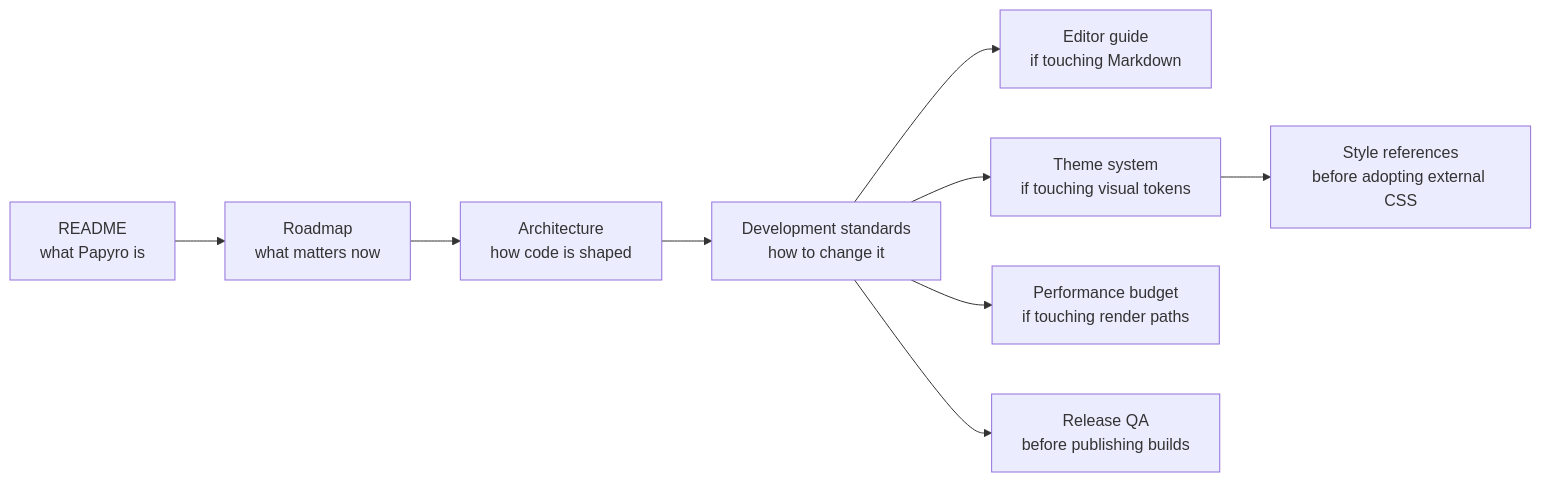
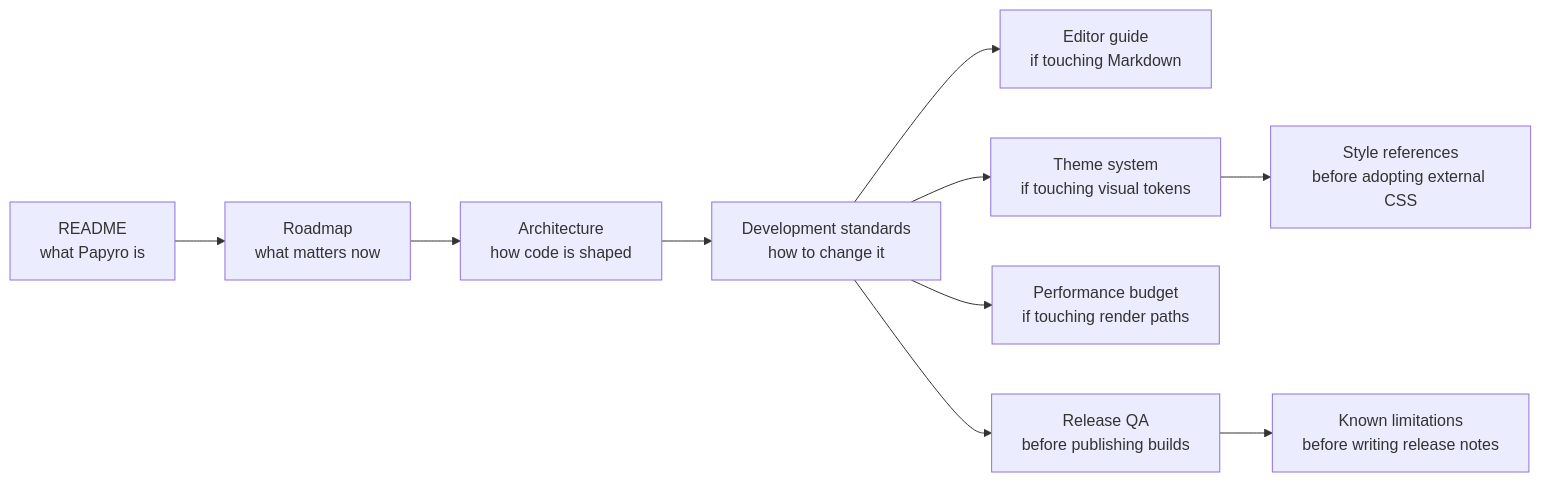
Before and after one commit to Youzi2233/papyro: the diagram in docs/README.md, drawn with Mermaid. The commit also changed other lines of this file and 7 other files, not shown here.

Commit message:
docs: document known limitations

````diff
--- a/docs/README.md
+++ b/docs/README.md
@@ -23,19 +24,21 @@
 ```mermaid
 flowchart LR
     readme["README<br/>what Papyro is"]
     roadmap["Roadmap<br/>what matters now"]
     architecture["Architecture<br/>how code is shaped"]
     development["Development standards<br/>how to change it"]
     editor["Editor guide<br/>if touching Markdown"]
     themes["Theme system<br/>if touching visual tokens"]
     references["Style references<br/>before adopting external CSS"]
     performance["Performance budget<br/>if touching render paths"]
     release["Release QA<br/>before publishing builds"]
+    limitations["Known limitations<br/>before writing release notes"]
 
     readme --> roadmap --> architecture --> development
     development --> editor
     development --> themes
     themes --> references
     development --> performance
     development --> release
+    release --> limitations
 ```
````
